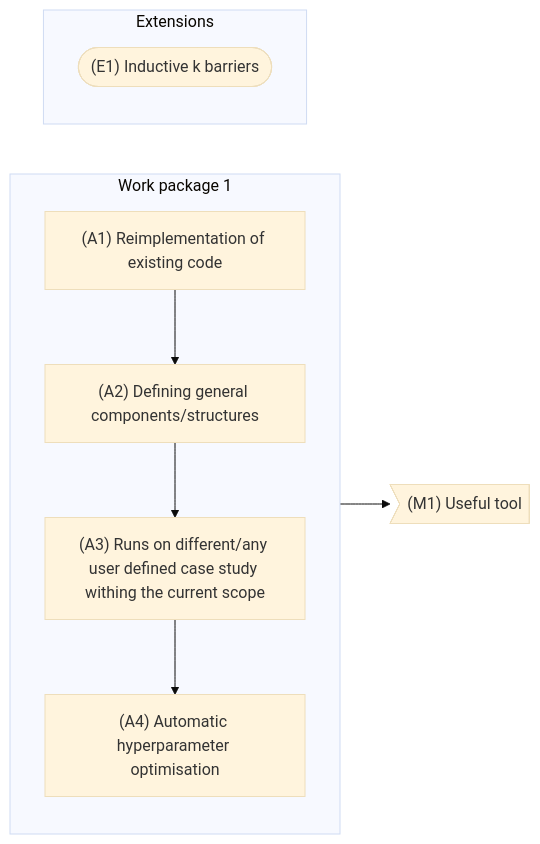
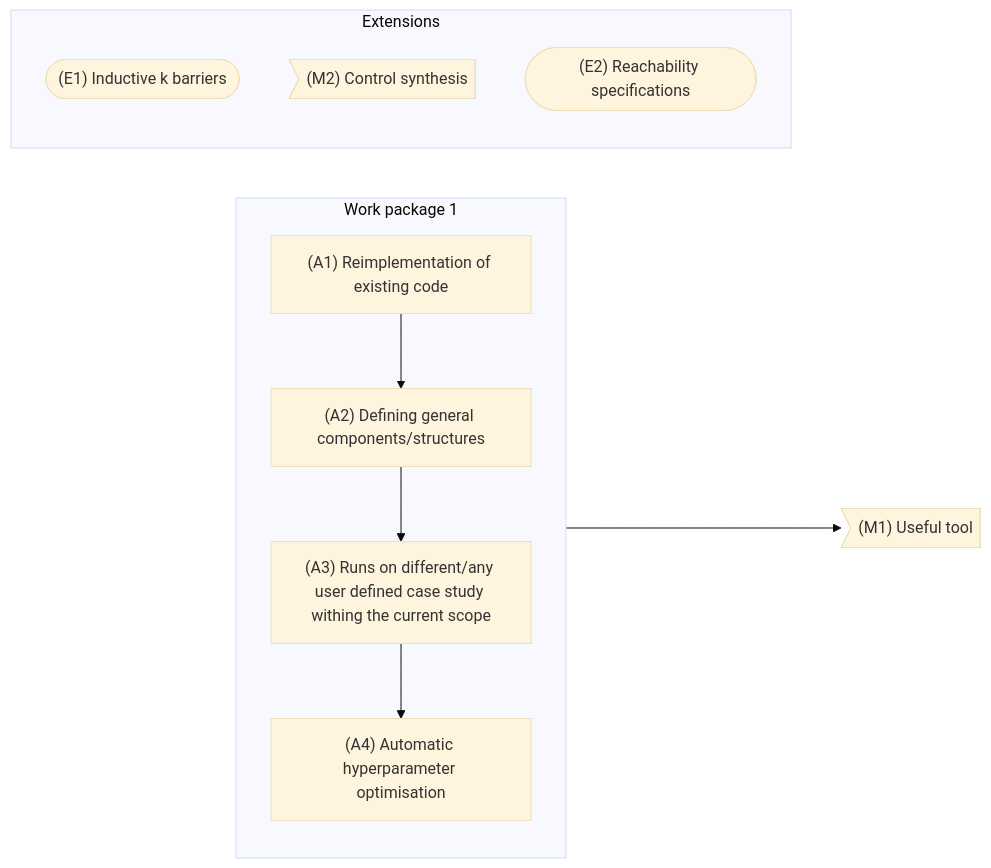
One commit to TendTo/lucid changed the diagram in docs/Todo.md. Above: the diagram before and after it, drawn with Mermaid (base theme).

Commit message:
Add extensions to todo list

````diff
--- a/docs/Todo.md
+++ b/docs/Todo.md
@@ -14,16 +14,18 @@
 ```mermaid
 flowchart LR
     subgraph wp1 [Work package 1]
         direction TB
         a1["(A1) Reimplementation of existing code"]
         a2["(A2) Defining general components/structures"]
         a3["(A3) Runs on different/any user defined case study withing the current scope"]
         a4["(A4) Automatic hyperparameter optimisation"]
     end
     m1>"(M1) Useful tool"]
     subgraph Extensions
         e1(["(E1) Inductive k barriers"])
+        m2>"(M2) Control synthesis"]
+        e2(["(E2) Reachability specifications"])
     end
     a1 --> a2 --> a3 --> a4
     wp1 --> m1
 ```
````
